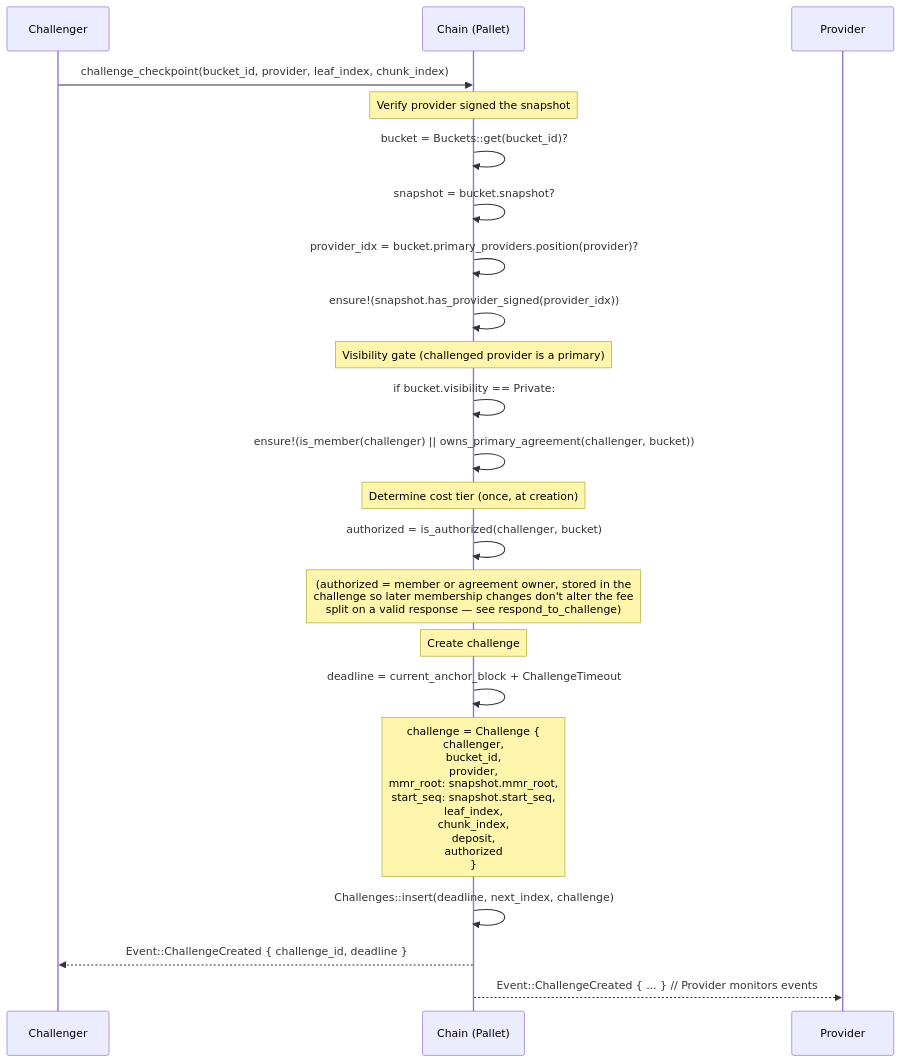
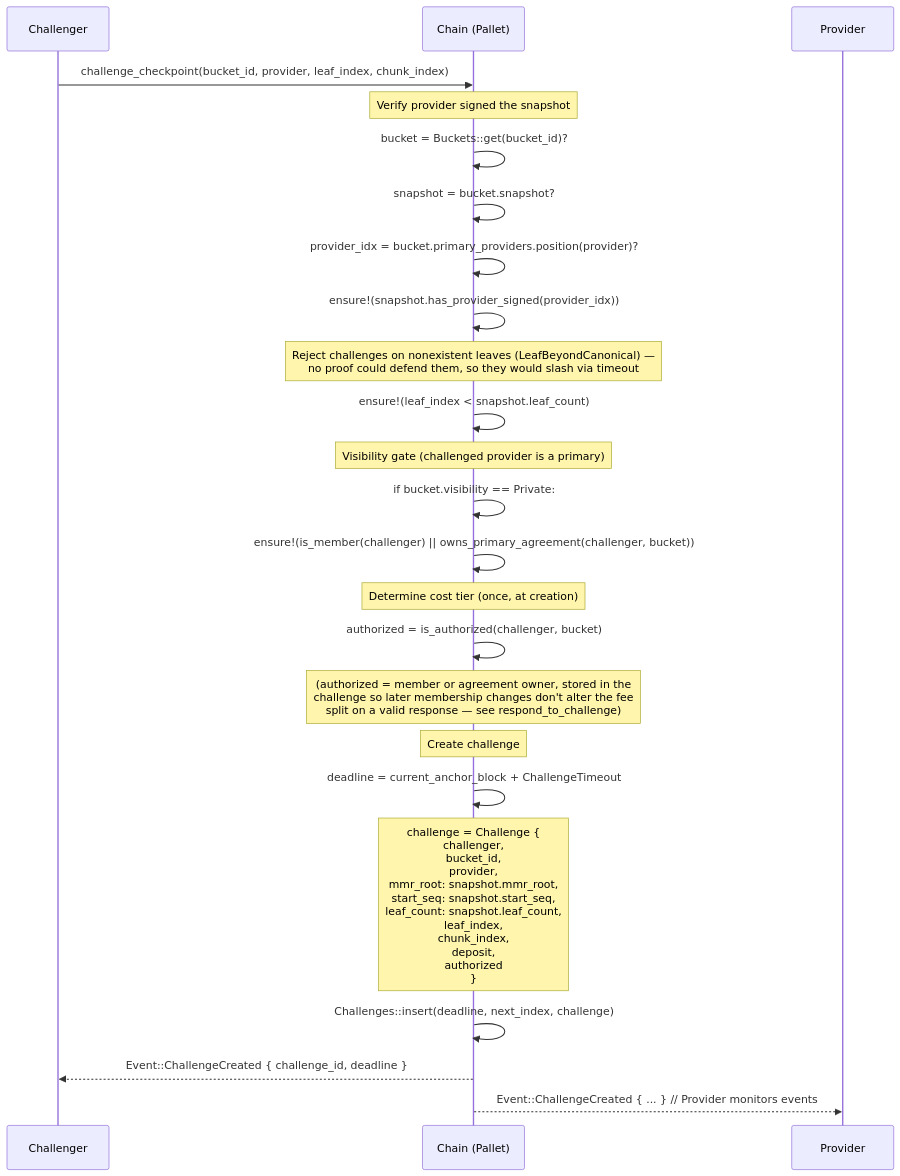
One commit to paritytech/web3-storage changed the ninth of 13 diagrams in docs/reference/EXECUTION_FLOWS.md. Above: the diagram before and after it, drawn with Mermaid. The commit also changed 2 other files, not shown here.

Commit message:
docs: align challenge references with creation-time leaf binding
LeafBeyondCanonical moves from the respond error list to all three
challenge_* entry points, the checkpoint-challenge flow gains the
creation guard and Challenge.leaf_count, and the off-chain commitment
note drops the removed nonce.

````diff
--- a/docs/reference/EXECUTION_FLOWS.md
+++ b/docs/reference/EXECUTION_FLOWS.md
@@ -433,31 +433,34 @@
 ```mermaid
 sequenceDiagram
     participant U as Challenger
     participant C as Chain (Pallet)
     participant P as Provider
 
     U->>C: challenge_checkpoint(bucket_id, provider, leaf_index, chunk_index)
 
     Note over C: Verify provider signed the snapshot
     C->>C: bucket = Buckets::get(bucket_id)?
     C->>C: snapshot = bucket.snapshot?
     C->>C: provider_idx = bucket.primary_providers.position(provider)?
     C->>C: ensure!(snapshot.has_provider_signed(provider_idx))
 
+    Note over C: Reject challenges on nonexistent leaves (LeafBeyondCanonical) —<br/>no proof could defend them, so they would slash via timeout
+    C->>C: ensure!(leaf_index < snapshot.leaf_count)
+
     Note over C: Visibility gate (challenged provider is a primary)
     C->>C: if bucket.visibility == Private:
     C->>C:   ensure!(is_member(challenger) || owns_primary_agreement(challenger, bucket))
 
     Note over C: Determine cost tier (once, at creation)
     C->>C: authorized = is_authorized(challenger, bucket)
     Note over C: (authorized = member or agreement owner, stored in the<br/>challenge so later membership changes don't alter the fee<br/>split on a valid response — see respond_to_challenge)
 
     Note over C: Create challenge
     C->>C: deadline = current_anchor_block + ChallengeTimeout
-    Note over C: challenge = Challenge {<br/> challenger,<br/> bucket_id,<br/> provider,<br/> mmr_root: snapshot.mmr_root,<br/> start_seq: snapshot.start_seq,<br/> leaf_index,<br/> chunk_index,<br/> deposit,<br/> authorized<br/>}
+    Note over C: challenge = Challenge {<br/> challenger,<br/> bucket_id,<br/> provider,<br/> mmr_root: snapshot.mmr_root,<br/> start_seq: snapshot.start_seq,<br/> leaf_count: snapshot.leaf_count,<br/> leaf_index,<br/> chunk_index,<br/> deposit,<br/> authorized<br/>}
 
     C->>C: Challenges::insert(deadline, next_index, challenge)
 
     C-->>U: Event::ChallengeCreated { challenge_id, deadline }
     C-->>P: Event::ChallengeCreated { ... }  // Provider monitors events
 ```
````
